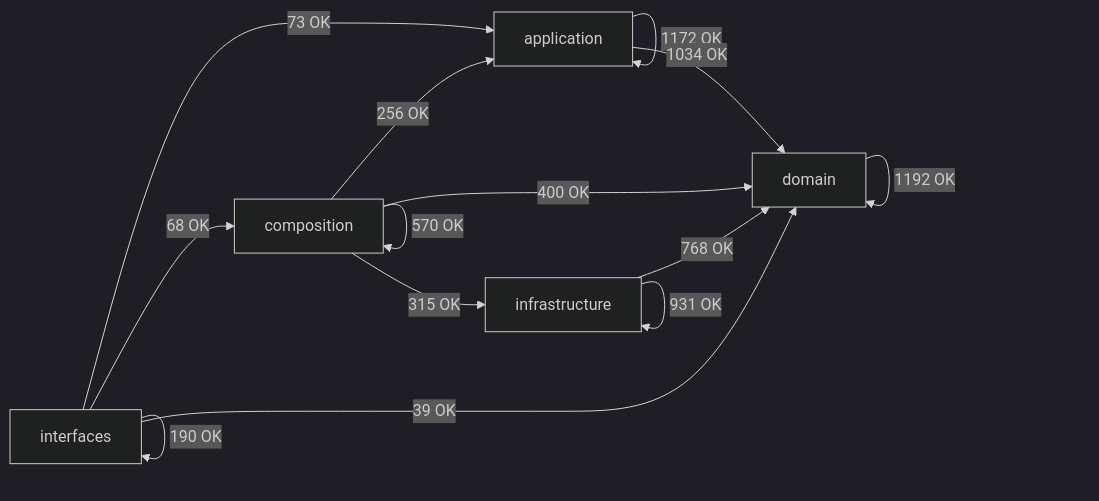
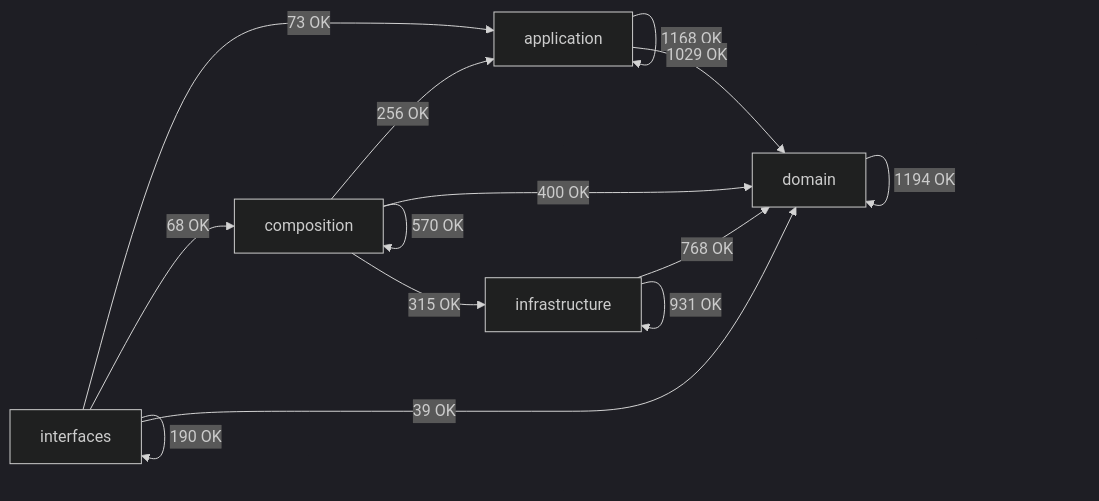
Before and after one commit to SatoryKono/BioactivityDataAcquisition: the diagram in docs/02-architecture/generated/module-dependency-map.md, drawn with Mermaid (dark theme). The commit also changed other lines of this file and 108 other files, not shown here.

````diff
--- a/docs/02-architecture/generated/module-dependency-map.md
+++ b/docs/02-architecture/generated/module-dependency-map.md
@@ -17,21 +17,21 @@
 ```mermaid
 flowchart LR
     domain[domain]
     application[application]
     infrastructure[infrastructure]
     composition[composition]
     interfaces[interfaces]
-    application -->|1172 OK| application
-    application -->|1034 OK| domain
+    application -->|1168 OK| application
+    application -->|1029 OK| domain
     composition -->|256 OK| application
     composition -->|570 OK| composition
     composition -->|400 OK| domain
     composition -->|315 OK| infrastructure
-    domain -->|1192 OK| domain
+    domain -->|1194 OK| domain
     infrastructure -->|768 OK| domain
     infrastructure -->|931 OK| infrastructure
     interfaces -->|73 OK| application
     interfaces -->|68 OK| composition
     interfaces -->|39 OK| domain
     interfaces -->|190 OK| interfaces
 ```
````
